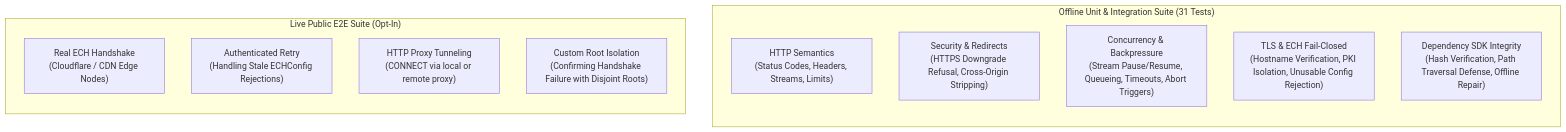
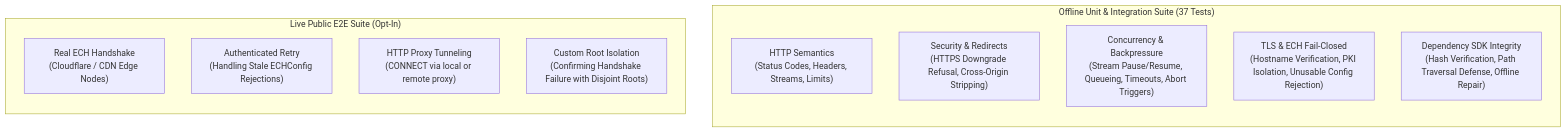
One commit to Predidit/ech_http changed the diagram in doc/verification.md. Above: the diagram before and after it, drawn with Mermaid. The commit also changed other lines of this file and 18 other files, not shown here.

````diff
--- a/doc/verification.md
+++ b/doc/verification.md
@@ -49,19 +57,19 @@
 ```mermaid
 flowchart TD
-    subgraph OfflineSuite["Offline Unit & Integration Suite (31 Tests)"]
+    subgraph OfflineSuite["Offline Unit & Integration Suite (37 Tests)"]
         direction TB
         T1["HTTP Semantics\n(Status Codes, Headers, Streams, Limits)"]
         T2["Security & Redirects\n(HTTPS Downgrade Refusal, Cross-Origin Stripping)"]
         T3["Concurrency & Backpressure\n(Stream Pause/Resume, Queueing, Timeouts, Abort Triggers)"]
         T4["TLS & ECH Fail-Closed\n(Hostname Verification, PKI Isolation, Unusable Config Rejection)"]
         T5["Dependency SDK Integrity\n(Hash Verification, Path Traversal Defense, Offline Repair)"]
     end
 
     subgraph LiveSuite["Live Public E2E Suite (Opt-In)"]
         direction TB
         L1["Real ECH Handshake\n(Cloudflare / CDN Edge Nodes)"]
         L2["Authenticated Retry\n(Handling Stale ECHConfig Rejections)"]
         L3["HTTP Proxy Tunneling\n(CONNECT via local or remote proxy)"]
         L4["Custom Root Isolation\n(Confirming Handshake Failure with Disjoint Roots)"]
     end
 ```
````
